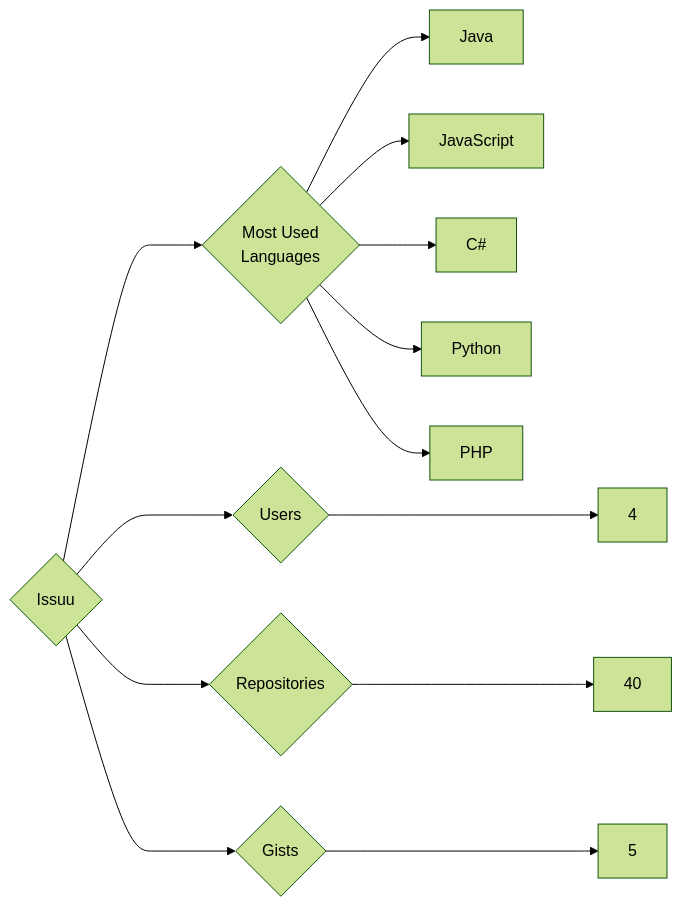
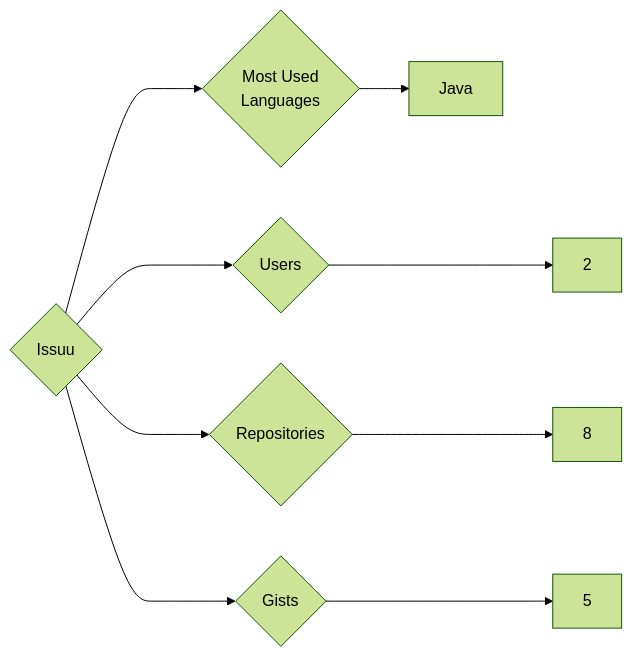
One commit to trickest/insiders changed the diagram in targets/Issuu/README.md. Above: the diagram before and after it, drawn with Mermaid (forest theme). The commit also changed 1149 other files, not shown here.

````diff
--- a/targets/Issuu/README.md
+++ b/targets/Issuu/README.md
@@ -3,13 +3,9 @@
 ```mermaid
 graph LR
 COMPANY_NAME{Issuu}
-COMPANY_NAME ---> U{Users} ---> UN[4]
-COMPANY_NAME ---> R{Repositories} ---> RN[40]
+COMPANY_NAME ---> U{Users} ---> UN[2]
+COMPANY_NAME ---> R{Repositories} ---> RN[8]
 COMPANY_NAME ---> G{Gists} ---> GN[5]
 COMPANY_NAME ---> ML{Most Used<br>Languages}
 ML --> Java[Java]
-ML --> JavaScript[JavaScript]
-ML --> C#[C#]
-ML --> Python[Python]
-ML --> PHP[PHP]
 ```
````
